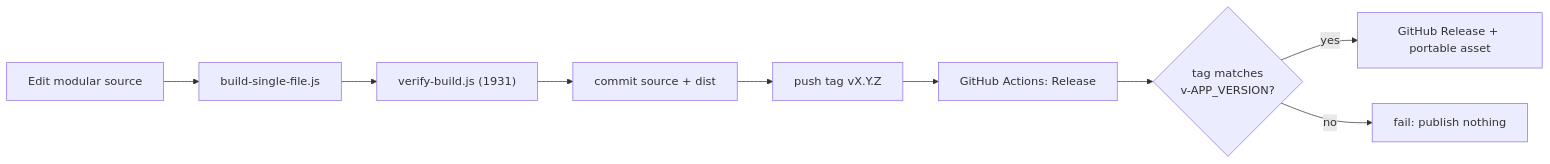
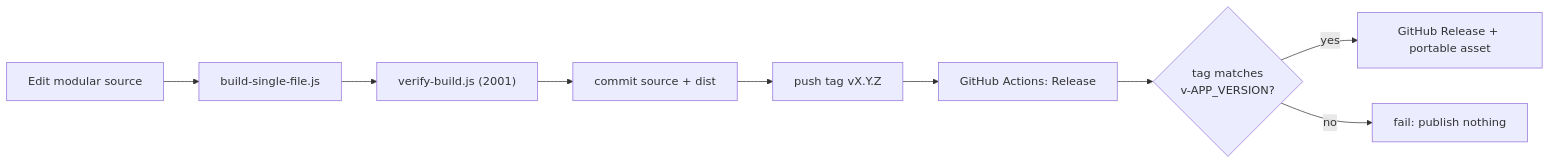
The second of 2 diagrams in README.md (fanoryu/TAM-Intelligence-OS), drawn with Mermaid before and after one commit. The commit also changed other lines of this file and 12 other files, not shown here.

````diff
--- a/README.md
+++ b/README.md
@@ -361,9 +387,9 @@
 ```mermaid
 flowchart LR
-  DEV["Edit modular source"] --> B["build-single-file.js"] --> V["verify-build.js (1931)"]
+  DEV["Edit modular source"] --> B["build-single-file.js"] --> V["verify-build.js (2001)"]
   V --> C["commit source + dist"] --> T["push tag vX.Y.Z"]
   T --> GA["GitHub Actions: Release"]
   GA --> GATE{"tag matches<br/>v-APP_VERSION?"}
   GATE -->|yes| REL["GitHub Release + portable asset"]
   GATE -->|no| STOP["fail: publish nothing"]
 ```
````
